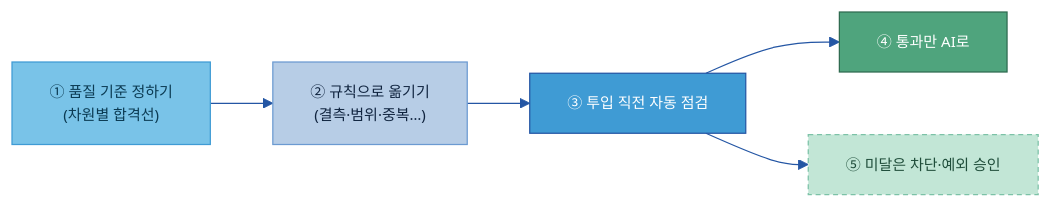
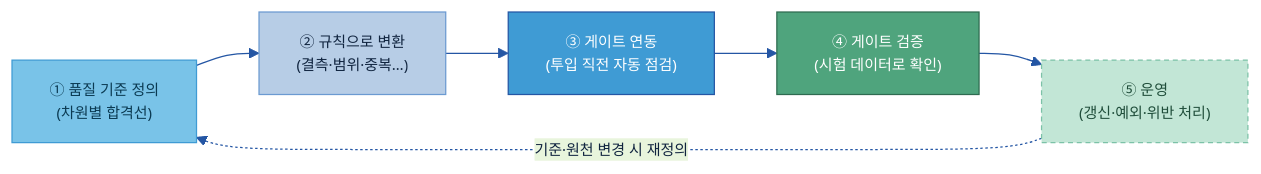
One commit to jin-kearney/ai-ready-data-manual changed the third of 5 diagrams in 가이드 작성/C-2 데이터 품질 관리/C-2 데이터 품질 관리.md. Above: the diagram before and after it, drawn with Mermaid. The commit also changed other lines of this file and 1 other file, not shown here.

````diff
--- a/가이드 작성/C-2 데이터 품질 관리/C-2 데이터 품질 관리.md
+++ b/가이드 작성/C-2 데이터 품질 관리/C-2 데이터 품질 관리.md
@@ -284,16 +280,16 @@
 ```mermaid
 %%{init: {'theme':'base','themeVariables':{'primaryColor':'#DCE8F5','primaryBorderColor':'#2456A4','primaryTextColor':'#10243f','lineColor':'#2456A4','fontSize':'12px'}}}%%
 flowchart LR
-    A["① 품질 기준 정하기<br/>(차원별 합격선)"]:::src
-    B["② 규칙으로 옮기기<br/>(결측·범위·중복…)"]:::n
-    C["③ 투입 직전 자동 점검"]:::gate
-    D["④ 통과만 AI로"]:::loop
-    E["⑤ 미달은 차단·예외 승인"]:::cross
-    A --> B --> C --> D
-    C --> E
+    A["① 품질 기준 정의<br/>(차원별 합격선)"]:::src
+    B["② 규칙으로 변환<br/>(결측·범위·중복…)"]:::n
+    C["③ 게이트 연동<br/>(투입 직전 자동 점검)"]:::gate
+    D["④ 게이트 검증<br/>(시험 데이터로 확인)"]:::loop
+    E["⑤ 운영<br/>(갱신·예외·위반 처리)"]:::cross
+    A --> B --> C --> D --> E
+    E -.기준·원천 변경 시 재정의.-> A
     classDef n fill:#B7CDE6,stroke:#6B9AD1,color:#10243f;
     classDef src fill:#79C3E8,stroke:#3F9BD4,color:#0b3a52;
     classDef gate fill:#3F9BD4,stroke:#2456A4,color:#fff;
     classDef loop fill:#4FA47D,stroke:#2f6b50,color:#fff;
     classDef cross fill:#C2E6D6,stroke:#7CC2A7,color:#1f4d3a,stroke-dasharray:4 3;
 ```
````
